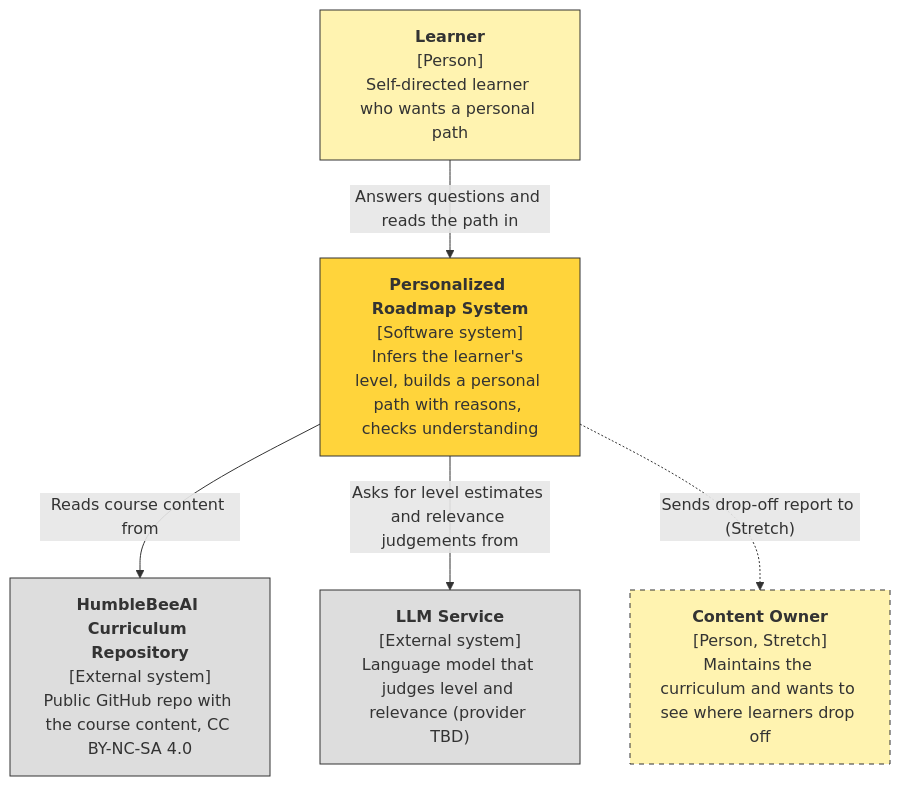
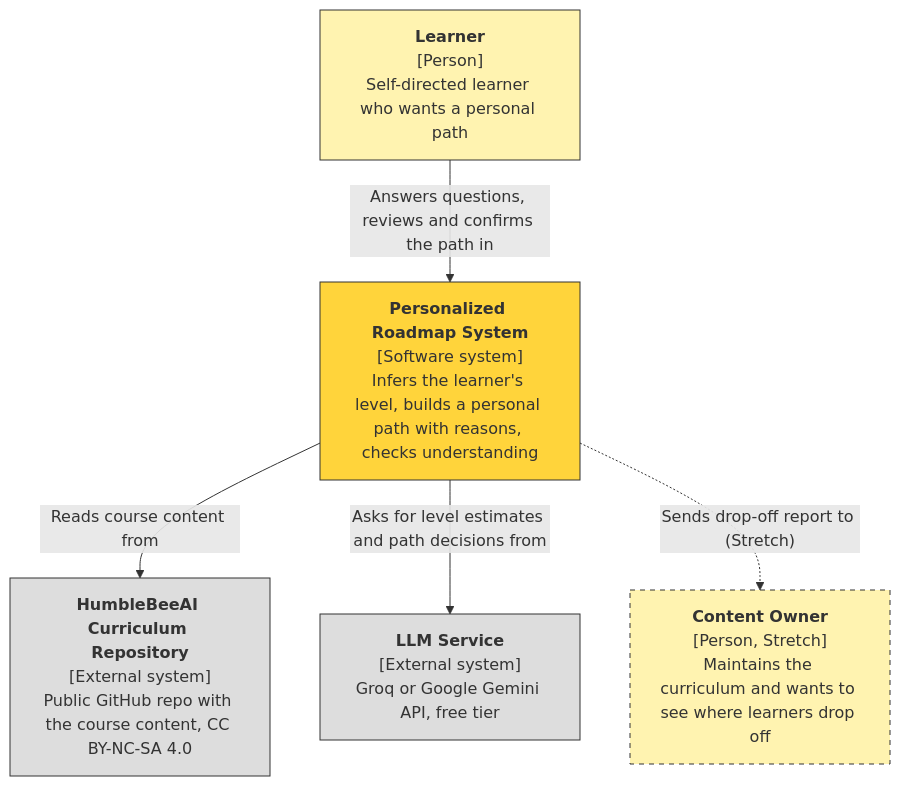
Before and after one commit to mishalilia/personalized-roadmap: the first of 2 diagrams in docs/architecture.md, drawn with Mermaid. The commit also changed other lines of this file and 8 other files, not shown here.

First line of the commit message:
Update C4 diagrams to the prototype, add screenshots, fix fetch on Windows

````diff
--- a/docs/architecture.md
+++ b/docs/architecture.md
@@ -15,22 +17,22 @@
 ```mermaid
 flowchart TB
     learner["<b>Learner</b><br/>[Person]<br/>Self-directed learner who wants a personal path"]
     owner["<b>Content Owner</b><br/>[Person, Stretch]<br/>Maintains the curriculum and wants to see where learners drop off"]
     system["<b>Personalized Roadmap System</b><br/>[Software system]<br/>Infers the learner's level, builds a personal path with reasons, checks understanding"]
     curriculum["<b>HumbleBeeAI Curriculum Repository</b><br/>[External system]<br/>Public GitHub repo with the course content, CC BY-NC-SA 4.0"]
-    llm["<b>LLM Service</b><br/>[External system]<br/>Language model that judges level and relevance (provider TBD)"]
+    llm["<b>LLM Service</b><br/>[External system]<br/>Groq or Google Gemini API, free tier"]
 
-    learner -->|"Answers questions and reads the path in"| system
+    learner -->|"Answers questions, reviews and confirms the path in"| system
     system -->|"Reads course content from"| curriculum
-    system -->|"Asks for level estimates and relevance judgements from"| llm
+    system -->|"Asks for level estimates and path decisions from"| llm
     system -.->|"Sends drop-off report to (Stretch)"| owner
 
     classDef person fill:#fff3b0,stroke:#333
     classDef sys fill:#ffd43b,stroke:#333
     classDef ext fill:#dddddd,stroke:#333
     classDef later stroke-dasharray:5 5
     class learner,owner person
     class system sys
     class curriculum,llm ext
     class owner later
 ```
````
